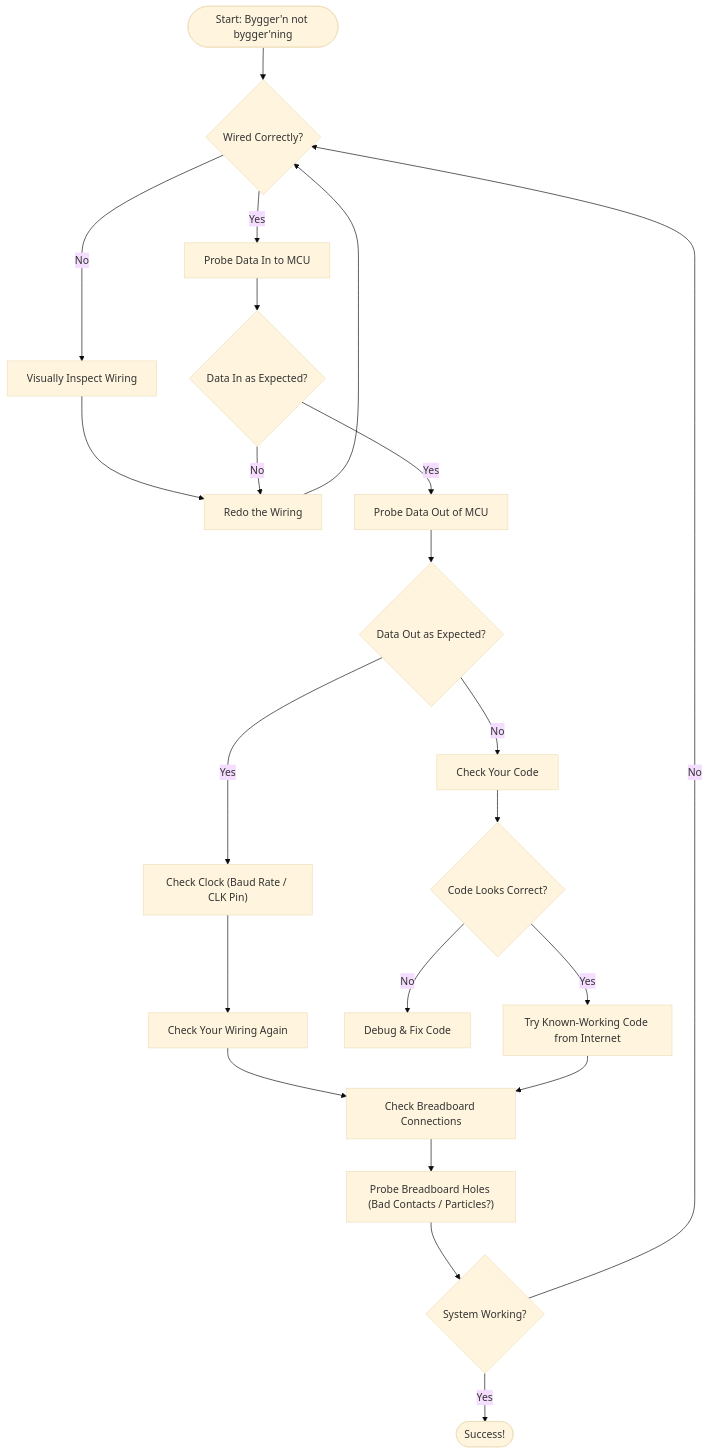
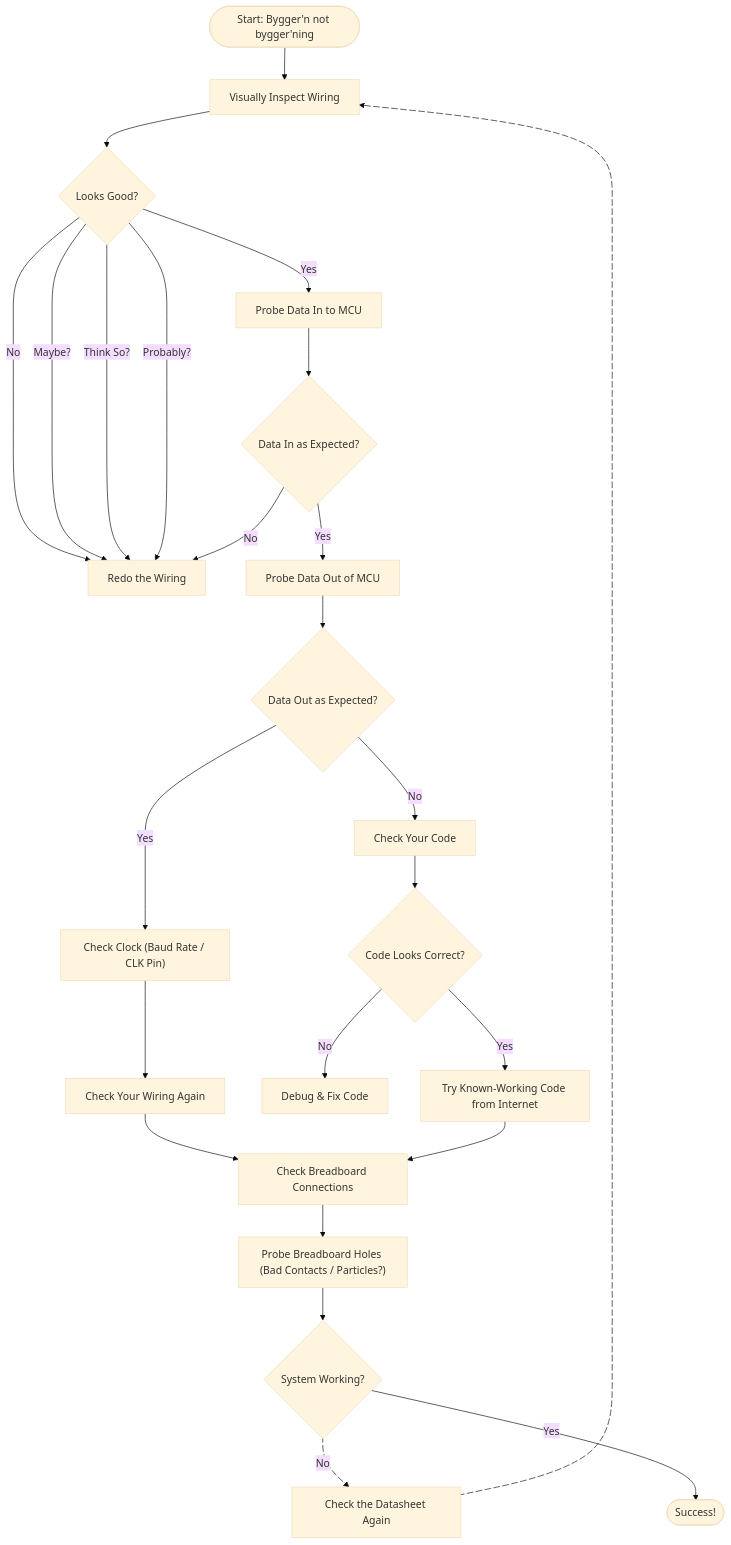
The diagram in README.md (Nuddel69/TTK4155-ProjectCode), drawn with Mermaid (base theme) before and after one commit. The commit also changed other lines of this file, not shown here.

````diff
--- a/README.md
+++ b/README.md
@@ -52,29 +52,33 @@
 ```mermaid
 flowchart TD
-    A(["Start: Bygger'n not bygger'ning"]) --> B{"Wired Correctly?"}
-    B -->|No| C["Visually Inspect Wiring"]
-    C --> D["Redo the Wiring"]
-    D --> B
+    A(["Start: Bygger'n not bygger'ning"]) --> B["Visually Inspect Wiring"]
+    B --> C{"Looks Good?"}
+    C -->|No| D["Redo the Wiring"]
+    C -->|Maybe?| D
+    C -->|Think So?| D
+    C -->|Probably?| D
     
-    B -->|Yes| E["Probe Data In to MCU"]
+    C -->|Yes| E["Probe Data In to MCU"]
     E --> F{"Data In as Expected?"}
     F -->|No| D
     F -->|Yes| G["Probe Data Out of MCU"]
     
     G --> H{"Data Out as Expected?"}
     H -->|No| I["Check Your Code"]
     H -->|Yes| CLK["Check Clock (Baud Rate / CLK Pin)"]
     
     CLK --> J["Check Your Wiring Again"]
     
     I --> K{"Code Looks Correct?"}
     K -->|No| L["Debug & Fix Code"]
     K -->|Yes| M["Try Known-Working Code from Internet"]
     
     J --> N["Check Breadboard Connections"]
     M --> N
     N --> O["Probe Breadboard Holes (Bad Contacts / Particles?)"]
     O --> P{"System Working?"}
-    P -->|No| B
+    P e1@-->|No|R["Check the Datasheet Again"] e2@--> B
+     e1@{ animate: true }
+     e2@{ animate: true }
     P -->|Yes| Q(["Success!"])
 ```
````
